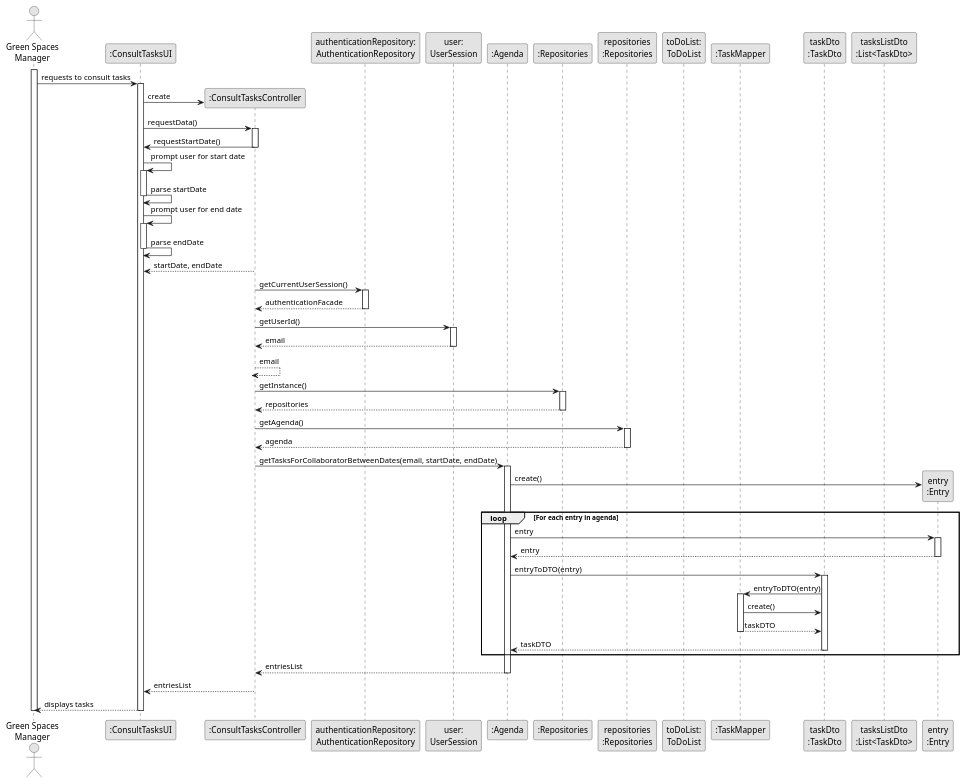
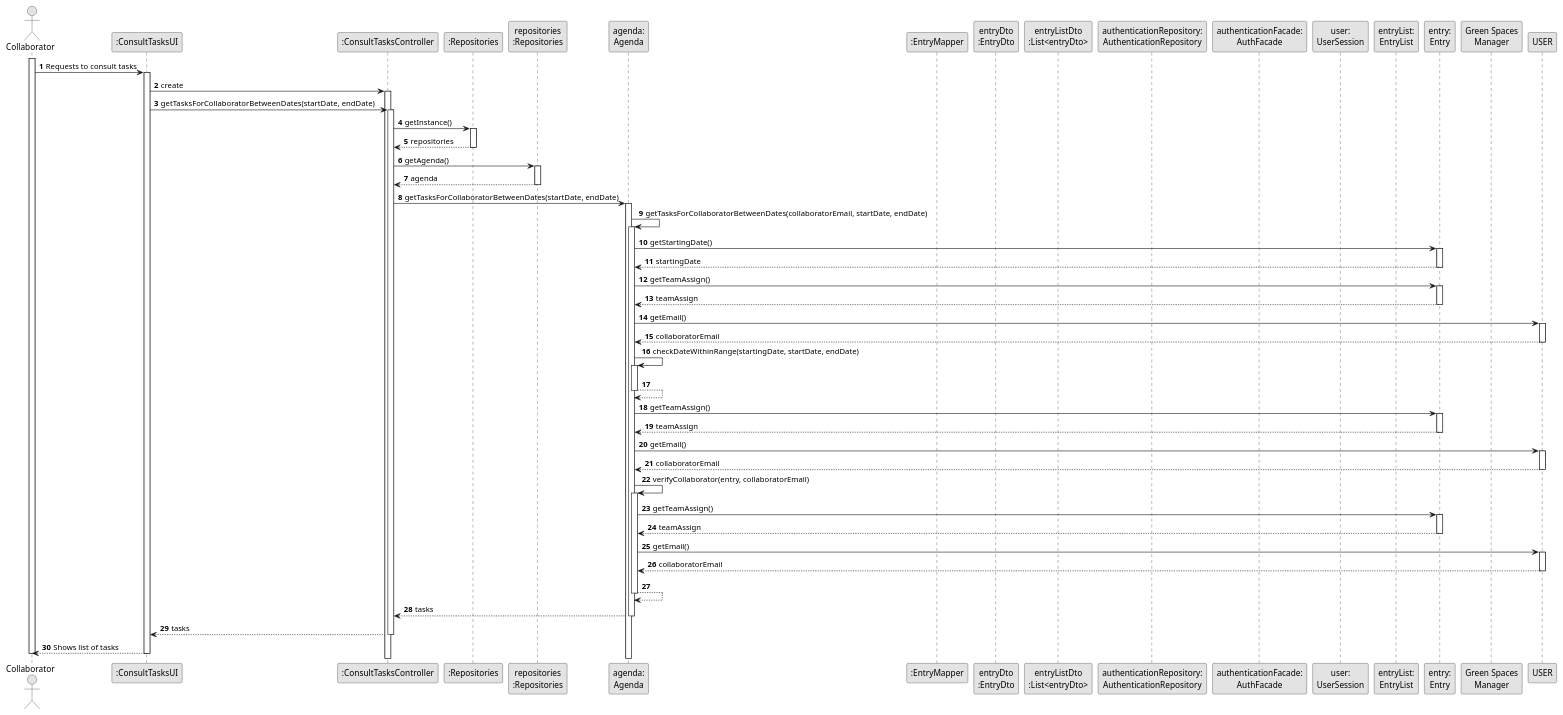
Before and after one commit to daniel41silva05/ISEP_2023_2024_LAPR2: the diagram in docs/sprintA&B&C/us028/03.design/puml/us028-sequence-diagram-full.puml, drawn with PlantUML. The commit also changed 3 other files, not shown here.

Commit message:
US28 Split Sequence Diagram Correction

```diff
--- a/docs/sprintA&B&C/us028/03.design/puml/us028-sequence-diagram-full.puml
+++ b/docs/sprintA&B&C/us028/03.design/puml/us028-sequence-diagram-full.puml
@@ -1,115 +1,118 @@
 @startuml
 skinparam monochrome true
 skinparam packageStyle rectangle
 skinparam shadowing false
 
-actor "Green Spaces\nManager" as GSM
+autonumber
+
+'hide footbox
+actor "Collaborator" as COLLABORATOR
 participant ":ConsultTasksUI" as UI
 participant ":ConsultTasksController" as CTRL
-participant "authenticationRepository:\nAuthenticationRepository" as authentication
-participant "user:\nUserSession" as user
-participant ":Agenda" as agenda
 participant ":Repositories" as REP
 participant "repositories\n:Repositories" as REPS
-participant "toDoList:\nToDoList" as toDoList
-participant ":TaskMapper" as taskMAPPER
-participant "taskDto\n:TaskDto" as taskDTO
-participant "tasksListDto\n:List<TaskDto>" as taskListDTO
-participant "entry\n:Entry" as ENTRY
+participant "agenda:\nAgenda" as AGENDA
+participant ":EntryMapper" as entryMAPPER
+participant "entryDto\n:EntryDto" as entryDTO
+participant "entryListDto\n:List<entryDto>" as entryListDTO
+participant "authenticationRepository:\nAuthenticationRepository" as authentication
+participant "authenticationFacade:\nAuthFacade" as authFacade
+participant "user:\nUserSession" as user
+participant "entryList:\nEntryList" as entryList
+participant "entry:\nEntry" as ENTRY
+participant "Green Spaces\nManager" as GSM
 
-activate GSM
+activate COLLABORATOR
 
-    GSM -> UI : requests to consult tasks
-    activate UI
+COLLABORATOR -> UI : Requests to consult tasks
+activate UI
 
-        UI -> CTRL** : create
+    UI -> CTRL : create
+    activate CTRL
 
-        UI -> CTRL : requestData()
-        activate CTRL
-
-            CTRL -> UI : requestStartDate()
-            deactivate CTRL
-
-            UI -> UI : prompt user for start date
-            activate UI
-
-            UI -> UI : parse startDate
-            deactivate UI
-
-            UI -> UI : prompt user for end date
-            activate UI
-
-            UI -> UI : parse endDate
-            deactivate UI
-
-            CTRL --> UI : startDate, endDate
-            deactivate CTRL
-
-        CTRL -> authentication : getCurrentUserSession()
-        activate authentication
-
-            authentication --> CTRL : authenticationFacade
-            deactivate authentication
-
-            CTRL -> user : getUserId()
-            activate user
-
-                user --> CTRL : email
-                deactivate user
-
-            CTRL --> CTRL : email
-            deactivate CTRL
+    UI -> CTRL : getTasksForCollaboratorBetweenDates(startDate, endDate)
+    activate CTRL
 
         CTRL -> REP : getInstance()
         activate REP
 
-            REP --> CTRL : repositories
-            deactivate REP
+        REP --> CTRL: repositories
+        deactivate REP
 
-            CTRL -> REPS : getAgenda()
-            activate REPS
+        CTRL -> REPS : getAgenda()
+        activate REPS
 
-                REPS --> CTRL : agenda
-                deactivate REPS
+        REPS --> CTRL: agenda
+        deactivate REPS
 
-                CTRL -> agenda : getTasksForCollaboratorBetweenDates(email, startDate, endDate)
-                activate agenda
+        CTRL -> AGENDA : getTasksForCollaboratorBetweenDates(startDate, endDate)
+        activate AGENDA
 
-                    agenda -> ENTRY** : create()
+            AGENDA -> AGENDA : getTasksForCollaboratorBetweenDates(collaboratorEmail, startDate, endDate)
+            activate AGENDA
 
-                    loop For each entry in agenda
+                AGENDA -> ENTRY : getStartingDate()
+                activate ENTRY
 
-                        agenda -> ENTRY: entry
-                        activate ENTRY
+                ENTRY --> AGENDA : startingDate
+                deactivate ENTRY
 
-                        ENTRY --> agenda : entry
-                        deactivate ENTRY
+                AGENDA -> ENTRY : getTeamAssign()
+                activate ENTRY
 
-                        agenda -> taskDTO: entryToDTO(entry)
-                        activate taskDTO
+                ENTRY --> AGENDA : teamAssign
+                deactivate ENTRY
 
-                            taskDTO -> taskMAPPER: entryToDTO(entry)
-                            activate taskMAPPER
+                AGENDA -> USER : getEmail()
+                activate USER
 
-                                taskMAPPER -> taskDTO : create()
+                USER --> AGENDA : collaboratorEmail
+                deactivate USER
 
-                            taskMAPPER --> taskDTO : taskDTO
-                            deactivate taskMAPPER
+                AGENDA -> AGENDA : checkDateWithinRange(startingDate, startDate, endDate)
+                activate AGENDA
 
-                        taskDTO --> agenda : taskDTO
-                        deactivate taskDTO
+                AGENDA --> AGENDA
+                deactivate AGENDA
 
-                    end
+                AGENDA -> ENTRY : getTeamAssign()
+                activate ENTRY
 
-                agenda --> CTRL : entriesList
-                deactivate agenda
+                ENTRY --> AGENDA : teamAssign
+                deactivate ENTRY
 
-            CTRL --> UI : entriesList
-            deactivate CTRL
+                AGENDA -> USER : getEmail()
+                activate USER
 
-    UI --> GSM : displays tasks
+                USER --> AGENDA : collaboratorEmail
+                deactivate USER
+
+                AGENDA -> AGENDA : verifyCollaborator(entry, collaboratorEmail)
+                activate AGENDA
+
+                    AGENDA -> ENTRY : getTeamAssign()
+                    activate ENTRY
+
+                    ENTRY --> AGENDA : teamAssign
+                    deactivate ENTRY
+
+                    AGENDA -> USER : getEmail()
+                    activate USER
+
+                    USER --> AGENDA : collaboratorEmail
+                    deactivate USER
+
+                AGENDA --> AGENDA
+                deactivate AGENDA
+
+            AGENDA --> CTRL : tasks
+            deactivate AGENDA
+
+        CTRL --> UI : tasks
+        deactivate CTRL
+
+    UI --> COLLABORATOR : Shows list of tasks
     deactivate UI
 
-deactivate GSM
-
+deactivate COLLABORATOR
 @enduml
```
